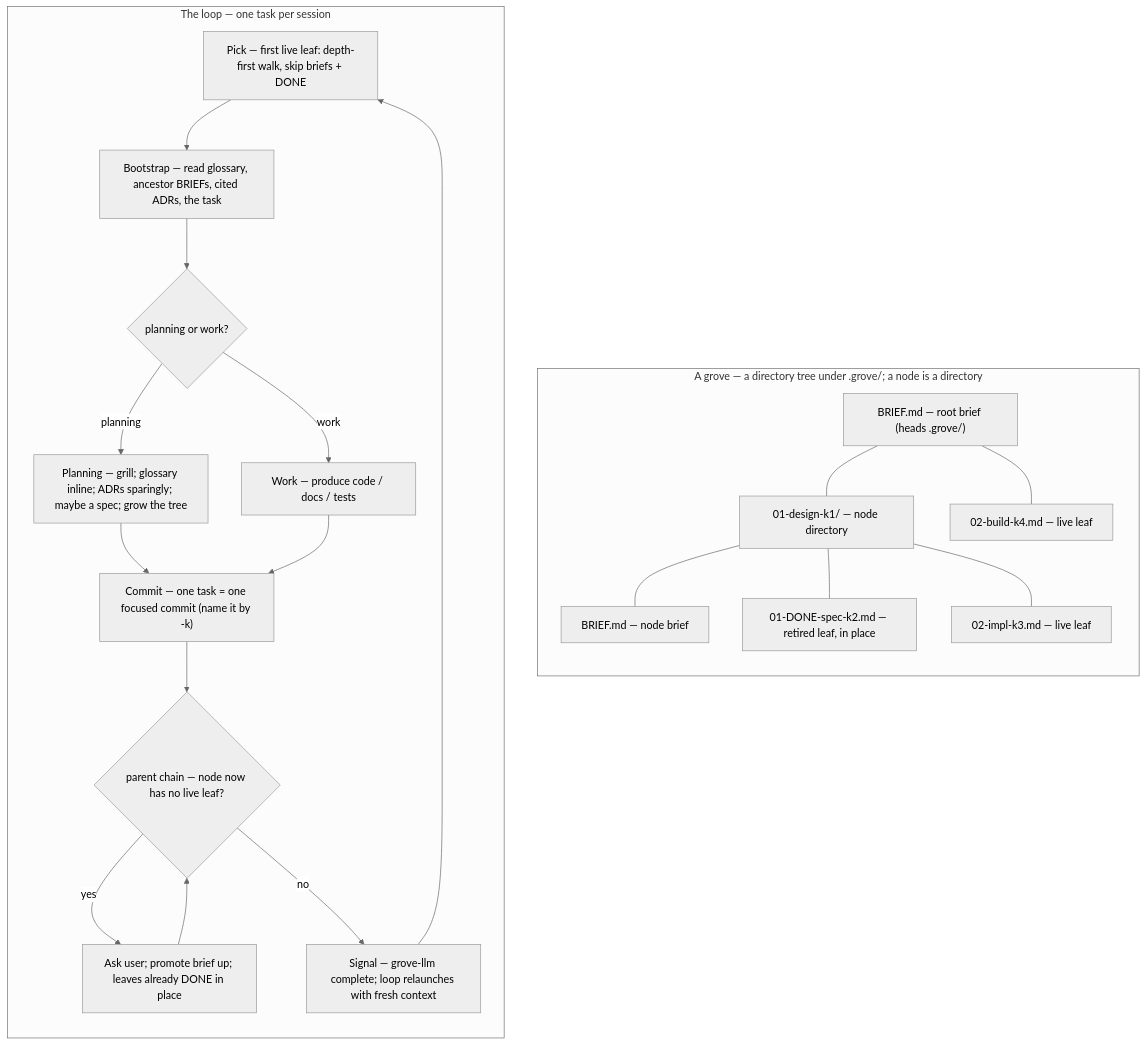
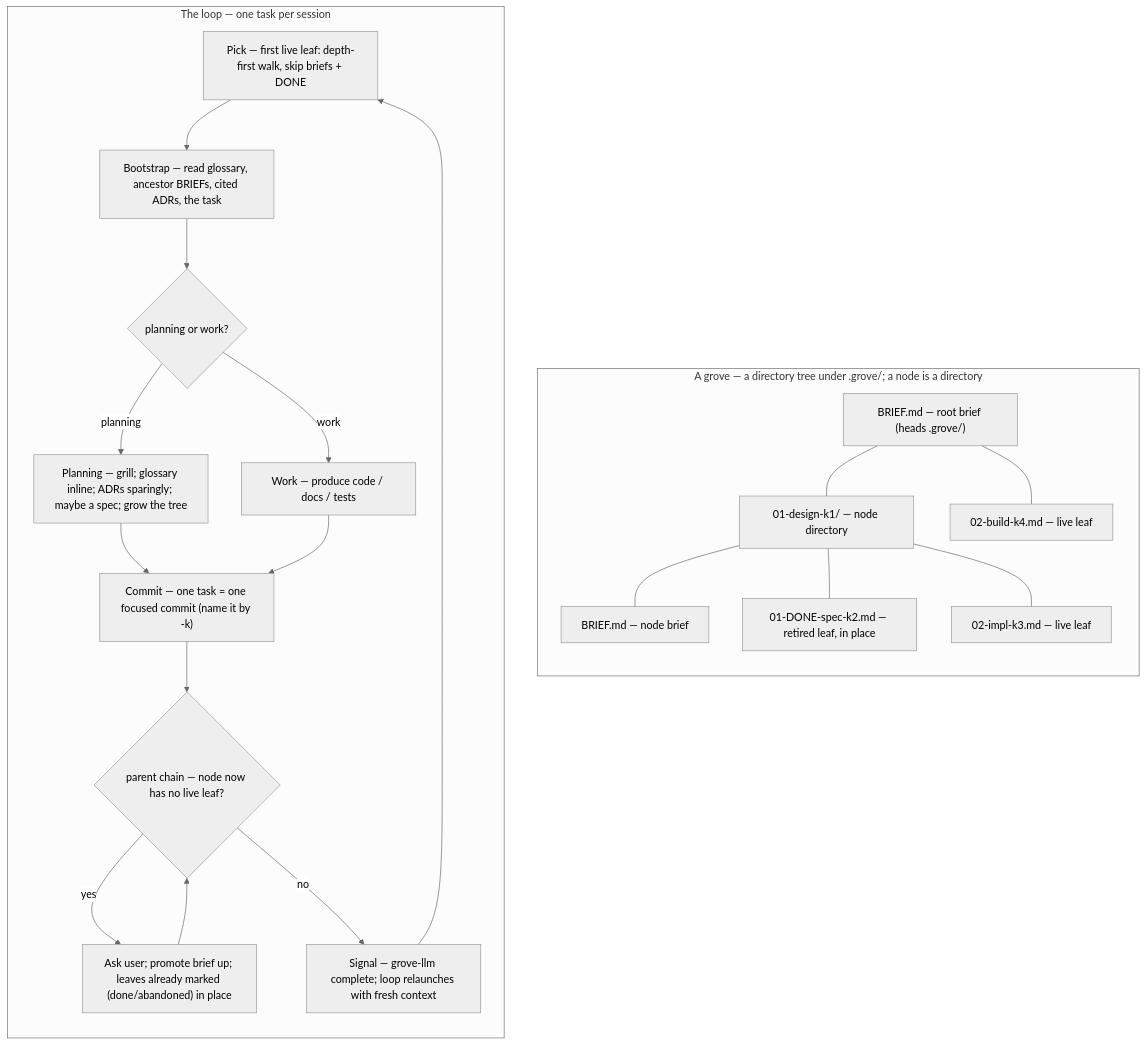
The diagram in content/SKILL.md (Linkuistics/grove), drawn with Mermaid (neutral theme) before and after one commit. The commit also changed other lines of this file and 4 other files, not shown here.

````diff
--- a/content/SKILL.md
+++ b/content/SKILL.md
@@ -13,35 +13,35 @@
 ```mermaid
 flowchart TD
   subgraph tree["A grove — a directory tree under .grove/; a node is a directory"]
     direction TB
     root["BRIEF.md — root brief (heads .grove/)"]
     n1["01-design-k1/ — node directory"]
     nb1["BRIEF.md — node brief"]
     l1["01-DONE-spec-k2.md — retired leaf, in place"]
     l2["02-impl-k3.md — live leaf"]
     n2["02-build-k4.md — live leaf"]
     root --- n1
     root --- n2
     n1 --- nb1
     n1 --- l1
     n1 --- l2
   end
   subgraph loop["The loop — one task per session"]
     direction TB
     pick["Pick — first live leaf: depth-first walk, skip briefs + DONE"]
     boot["Bootstrap — read glossary, ancestor BRIEFs, cited ADRs, the task"]
     exec{"planning or work?"}
     plan["Planning — grill; glossary inline; ADRs sparingly; maybe a spec; grow the tree"]
     work["Work — produce code / docs / tests"]
     commit["Commit — one task = one focused commit (name it by <slug>-k<key>)"]
     retire{"parent chain — node now has no live leaf?"}
-    ret["Ask user; promote brief up; leaves already DONE in place"]
+    ret["Ask user; promote brief up; leaves already marked (done/abandoned) in place"]
     signal["Signal — grove-llm complete; loop relaunches with fresh context"]
     pick --> boot --> exec
     exec -->|planning| plan --> commit
     exec -->|work| work --> commit
     commit --> retire
     retire -->|yes| ret --> retire
     retire -->|no| signal --> pick
   end
 ```
````
